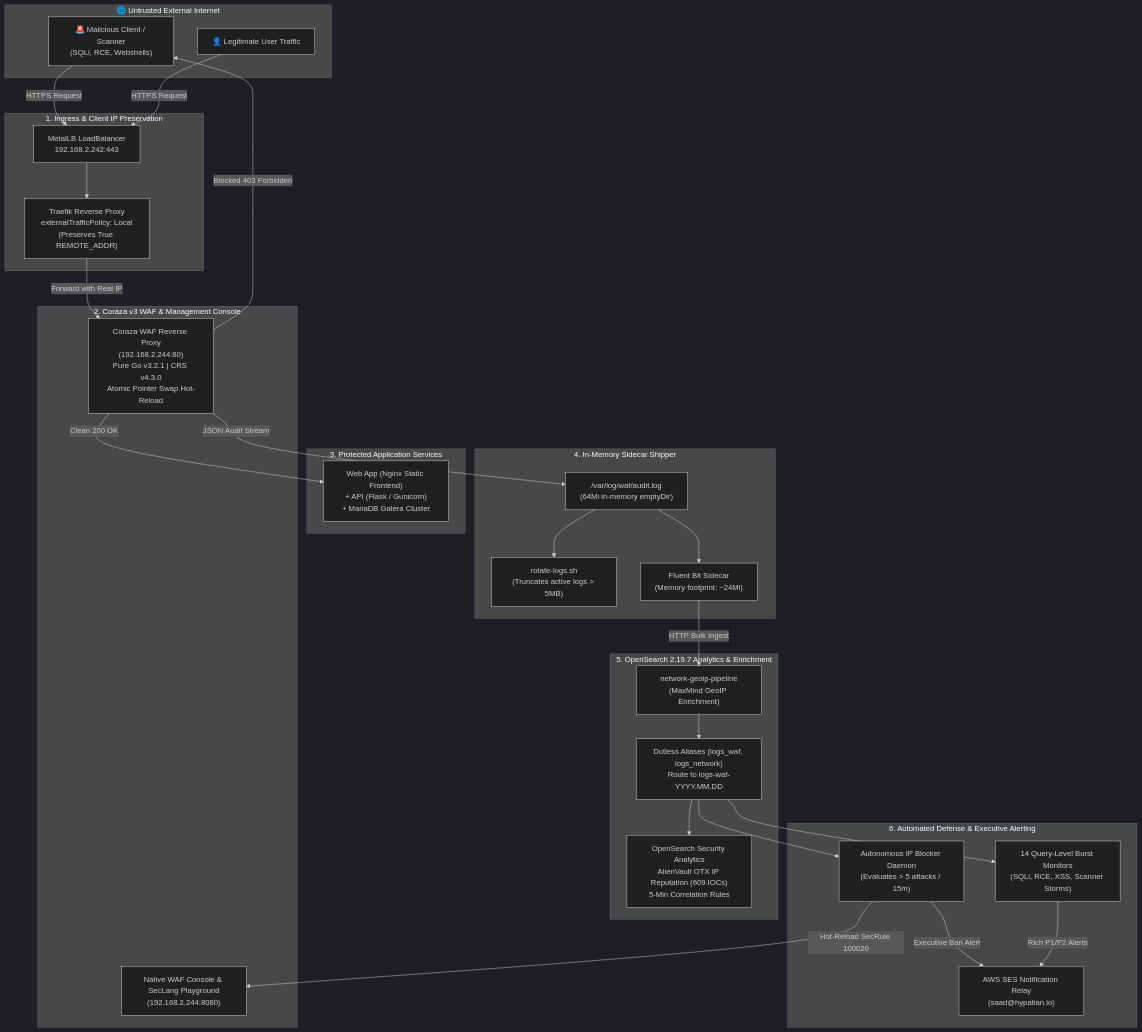
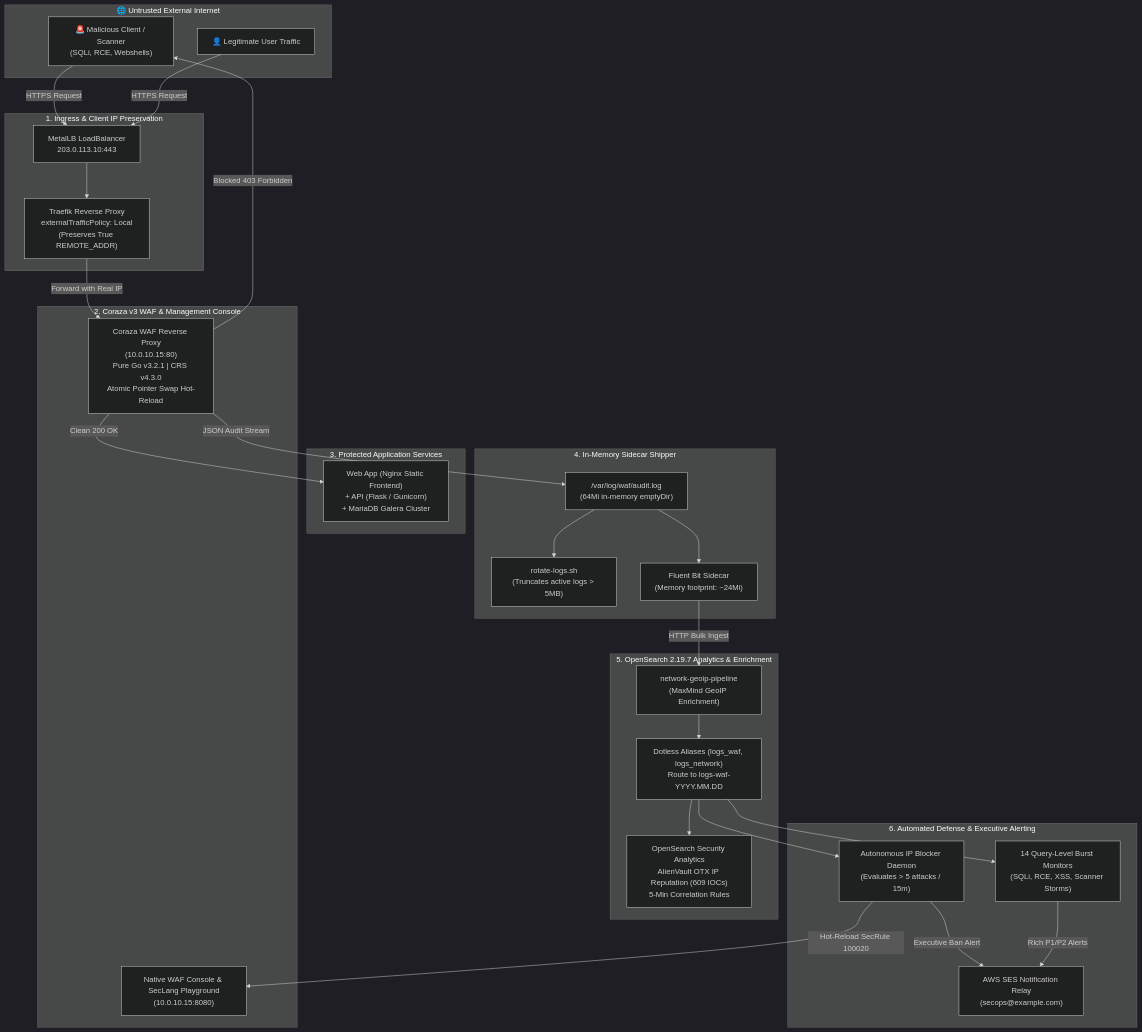
Before and after one commit to Hypatian-io/coraza-waf-k8s-defense: the first of 2 diagrams in README.md, drawn with Mermaid (dark theme). The commit also changed other lines of this file and 28 other files, not shown here.

````diff
--- a/README.md
+++ b/README.md
@@ -49,57 +49,57 @@
 ```mermaid
 flowchart TD
     subgraph External ["🌐 Untrusted External Internet"]
         Attacker["🚨 Malicious Client / Scanner\n(SQLi, RCE, Webshells)"]
         Legit["👤 Legitimate User Traffic"]
     end
 
     subgraph Layer1 ["1. Ingress & Client IP Preservation"]
-        MetalLB["MetalLB LoadBalancer\n192.168.2.242:443"]
+        MetalLB["MetalLB LoadBalancer\n203.0.113.10:443"]
         Traefik["Traefik Reverse Proxy\nexternalTrafficPolicy: Local\n(Preserves True REMOTE_ADDR)"]
     end
 
     subgraph Layer2 ["2. Coraza v3 WAF & Management Console"]
-        CorazaProxy["Coraza WAF Reverse Proxy\n(192.168.2.244:80)\nPure Go v3.2.1 | CRS v4.3.0\nAtomic Pointer Swap Hot-Reload"]
-        CorazaUI["Native WAF Console & SecLang Playground\n(192.168.2.244:8080)"]
+        CorazaProxy["Coraza WAF Reverse Proxy\n(10.0.10.15:80)\nPure Go v3.2.1 | CRS v4.3.0\nAtomic Pointer Swap Hot-Reload"]
+        CorazaUI["Native WAF Console & SecLang Playground\n(10.0.10.15:8080)"]
     end
 
     subgraph Layer3 ["3. Protected Application Services"]
         WebApp["Web App (Nginx Static Frontend)\n+ API (Flask / Gunicorn)\n+ MariaDB Galera Cluster"]
     end
 
     subgraph Layer4 ["4. In-Memory Sidecar Shipper"]
         WafLog["/var/log/waf/audit.log\n(64Mi in-memory emptyDir)"]
         RotateScript["rotate-logs.sh\n(Truncates active logs > 5MB)"]
         FluentBitSidecar["Fluent Bit Sidecar\n(Memory footprint: ~24Mi)"]
     end
 
     subgraph Layer5 ["5. OpenSearch 2.19.7 Analytics & Enrichment"]
         GeoIPPipeline["network-geoip-pipeline\n(MaxMind GeoIP Enrichment)"]
         DotlessAliases["Dotless Aliases (logs_waf, logs_network)\nRoute to logs-waf-YYYY.MM.DD"]
         SecurityAnalytics["OpenSearch Security Analytics\nAlienVault OTX IP Reputation (609 IOCs)\n5-Min Correlation Rules"]
     end
 
     subgraph Layer6 ["6. Automated Defense & Executive Alerting"]
         BurstDetectors["14 Query-Level Burst Monitors\n(SQLi, RCE, XSS, Scanner Storms)"]
         AutoBlockDaemon["Autonomous IP Blocker Daemon\n(Evaluates > 5 attacks / 15m)"]
-        SESEmail["AWS SES Notification Relay\n(saad@hypatian.io)"]
+        SESEmail["AWS SES Notification Relay\n(secops@example.com)"]
     end
 
     Attacker -->|HTTPS Request| MetalLB
     Legit -->|HTTPS Request| MetalLB
     MetalLB --> Traefik
     Traefik -->|Forward with Real IP| CorazaProxy
     CorazaProxy -->|Blocked 403 Forbidden| Attacker
     CorazaProxy -->|Clean 200 OK| WebApp
     CorazaProxy -->|JSON Audit Stream| WafLog
     WafLog --> RotateScript
     WafLog --> FluentBitSidecar
     FluentBitSidecar -->|HTTP Bulk Ingest| GeoIPPipeline
     GeoIPPipeline --> DotlessAliases
     DotlessAliases --> SecurityAnalytics
     DotlessAliases --> BurstDetectors
     DotlessAliases --> AutoBlockDaemon
     AutoBlockDaemon -->|Hot-Reload SecRule 100020| CorazaUI
     AutoBlockDaemon -->|Executive Ban Alert| SESEmail
     BurstDetectors -->|Rich P1/P2 Alerts| SESEmail
 ```
````
